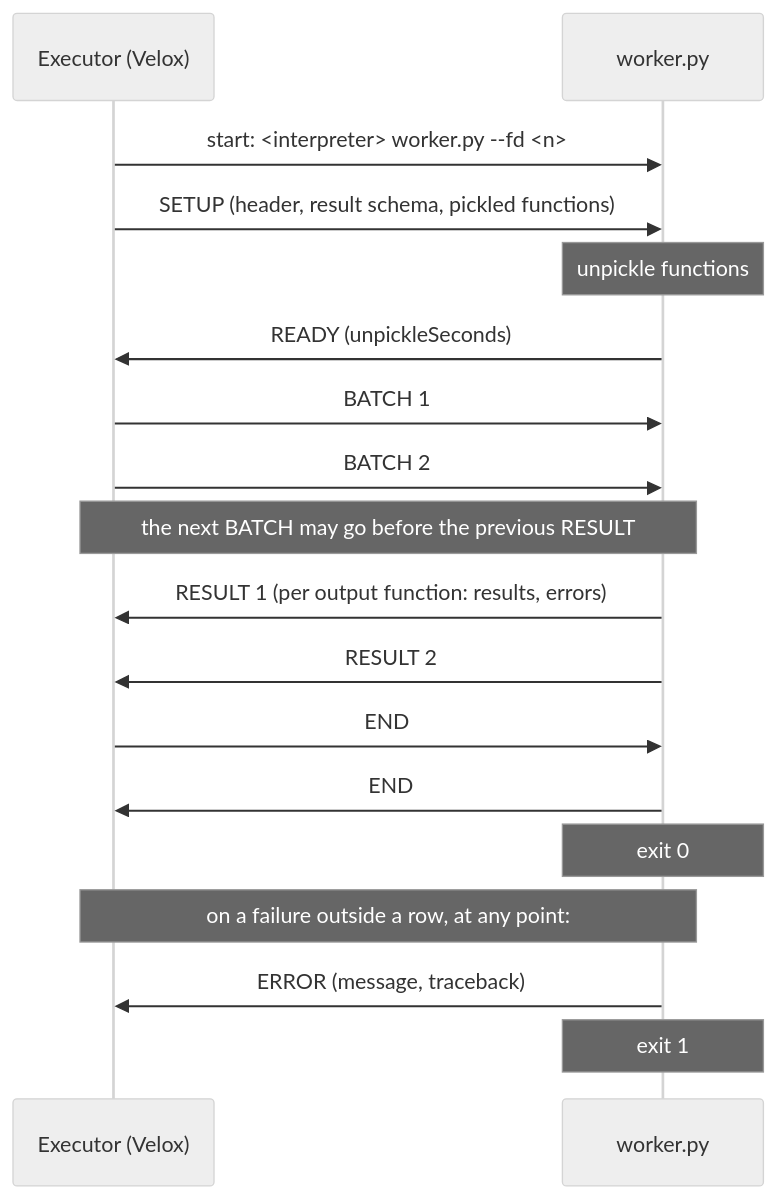
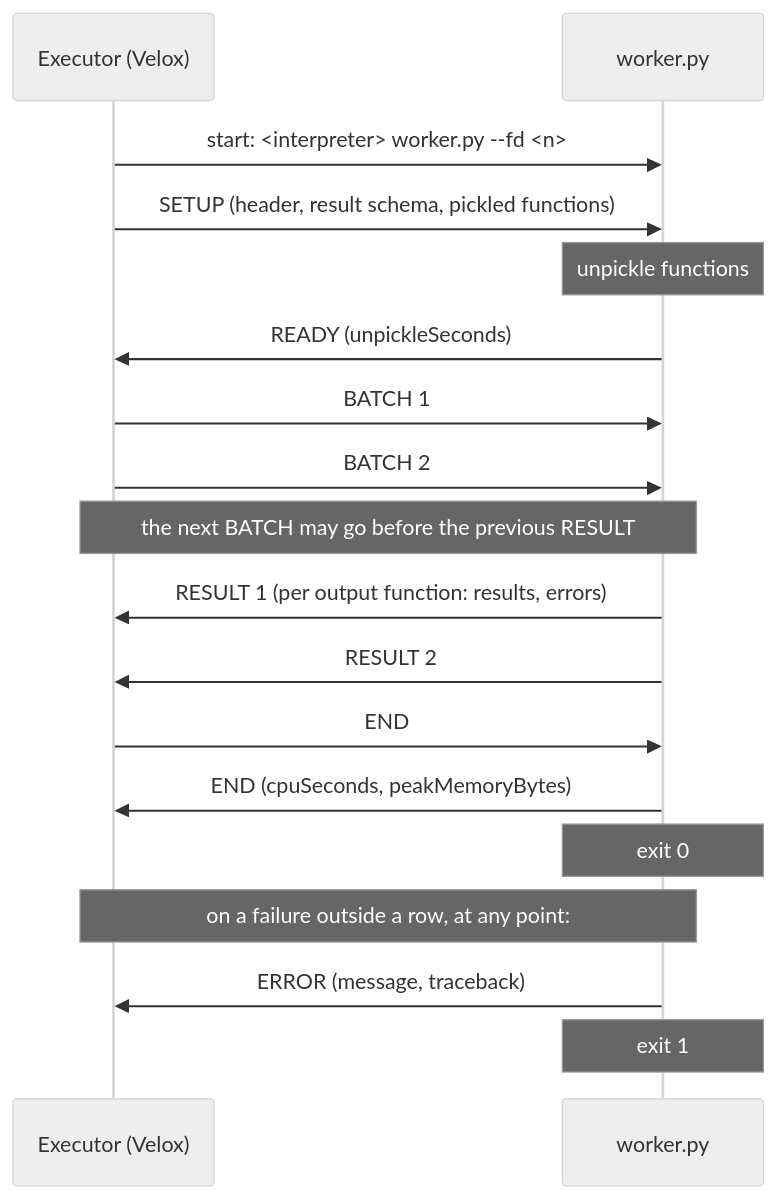
The diagram in velox/exec/python/README.md (facebookincubator/velox), drawn with Mermaid (neutral theme) before and after one commit. The commit also changed other lines of this file and 42 other files, not shown here.

````diff
--- a/velox/exec/python/README.md
+++ b/velox/exec/python/README.md
@@ -62,20 +63,20 @@
 ```mermaid
 sequenceDiagram
     participant E as Executor (Velox)
     participant W as worker.py
     E->>W: start: <interpreter> worker.py --fd <n>
     E->>W: SETUP (header, result schema, pickled functions)
     Note over W: unpickle functions
     W->>E: READY (unpickleSeconds)
     E->>W: BATCH 1
     E->>W: BATCH 2
     Note over E,W: the next BATCH may go before the previous RESULT
     W->>E: RESULT 1 (per output function: results, errors)
     W->>E: RESULT 2
     E->>W: END
-    W->>E: END
+    W->>E: END (cpuSeconds, peakMemoryBytes)
     Note over W: exit 0
     Note over E,W: on a failure outside a row, at any point:
     W->>E: ERROR (message, traceback)
     Note over W: exit 1
 ```
````
